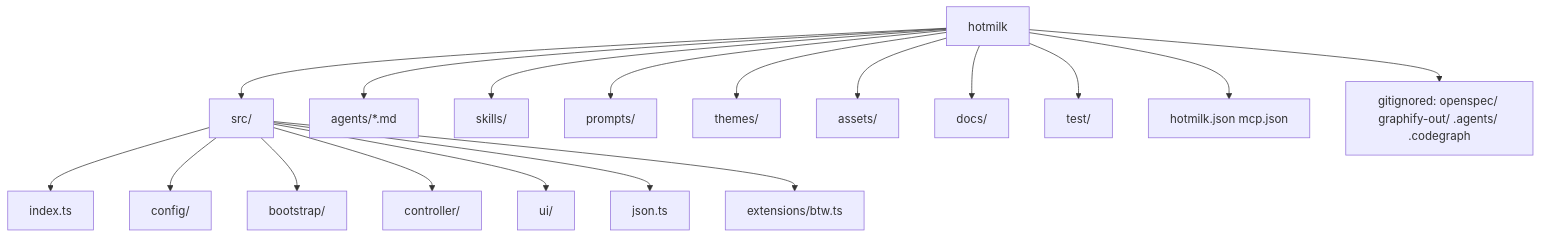
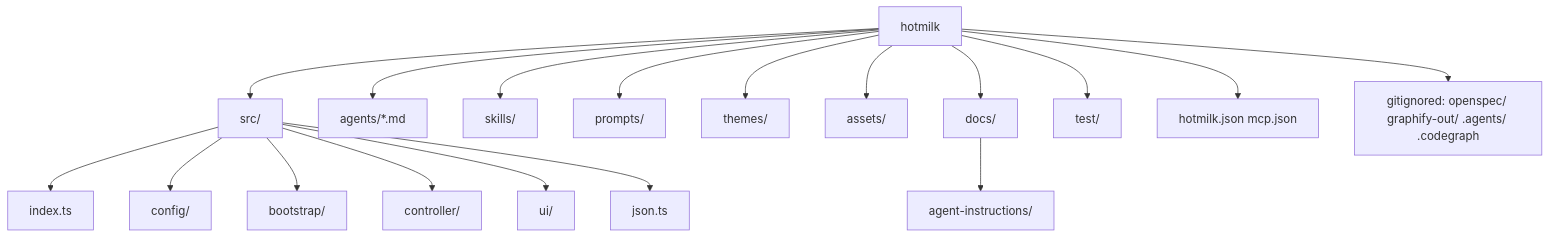
The diagram in docs/directory.md (dayjobdoor/hotmilk), drawn with Mermaid before and after one commit. The commit also changed other lines of this file and 44 other files, not shown here.

````diff
--- a/docs/directory.md
+++ b/docs/directory.md
@@ -5,21 +5,21 @@
 ```mermaid
 flowchart TB
   root[hotmilk]
   root --> src[src/]
   src --> index[index.ts]
   src --> config[config/]
   src --> bootstrap[bootstrap/]
   src --> controller[controller/]
   src --> ui[ui/]
   src --> json[json.ts]
-  src --> extbtw[extensions/btw.ts]
   root --> agents[agents/*.md]
   root --> skills[skills/]
   root --> prompts[prompts/]
   root --> themes[themes/]
   root --> assets[assets/]
   root --> docs[docs/]
+  docs --> agentInstructions[agent-instructions/]
   root --> test[test/]
   root --> tmpl["hotmilk.json mcp.json"]
   root --> gitig["gitignored: openspec/ graphify-out/ .agents/ .codegraph"]
 ```
````
